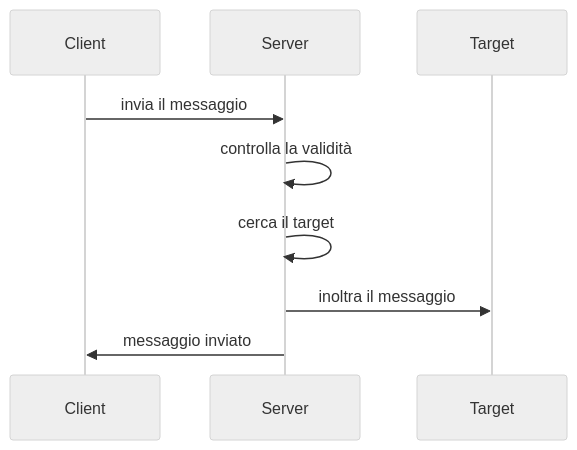
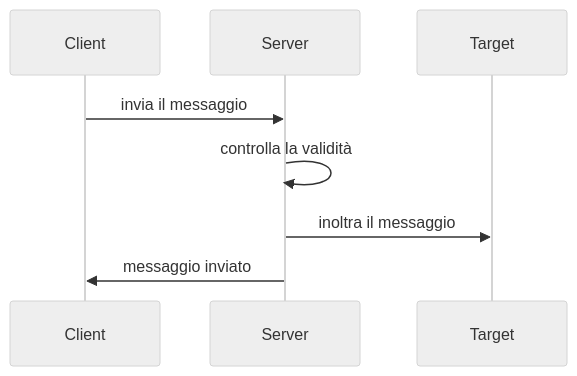
The fourth of 4 diagrams in README.md (Trixy04/Java-Chat), drawn with Mermaid (neutral theme) before and after one commit. The commit also changed other lines of this file, not shown here.

````diff
--- a/README.md
+++ b/README.md
@@ -88,11 +85,10 @@
 ```mermaid
 sequenceDiagram
     participant Client
     participant Server
     participant Target
     Client->>Server: invia il messaggio
         Server->>Server: controlla la validità
-        Server->>Server: cerca il target
     Server ->> Target: inoltra il messaggio
     Server->>Client: messaggio inviato
 ```
````
